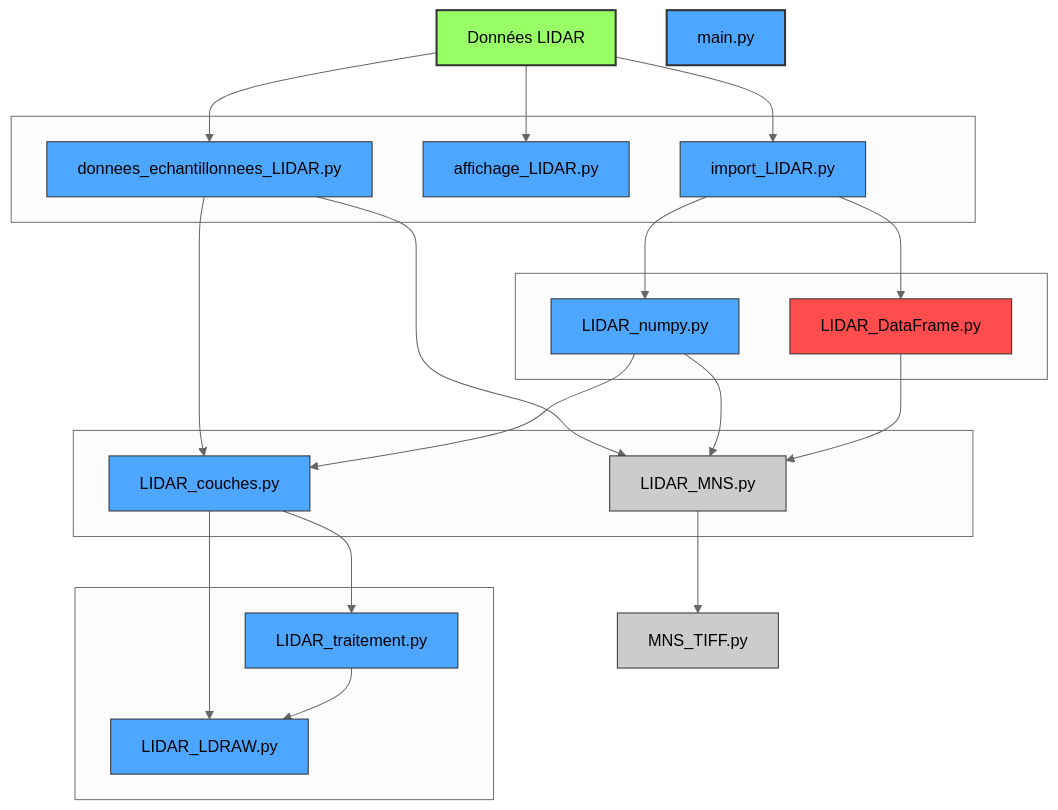
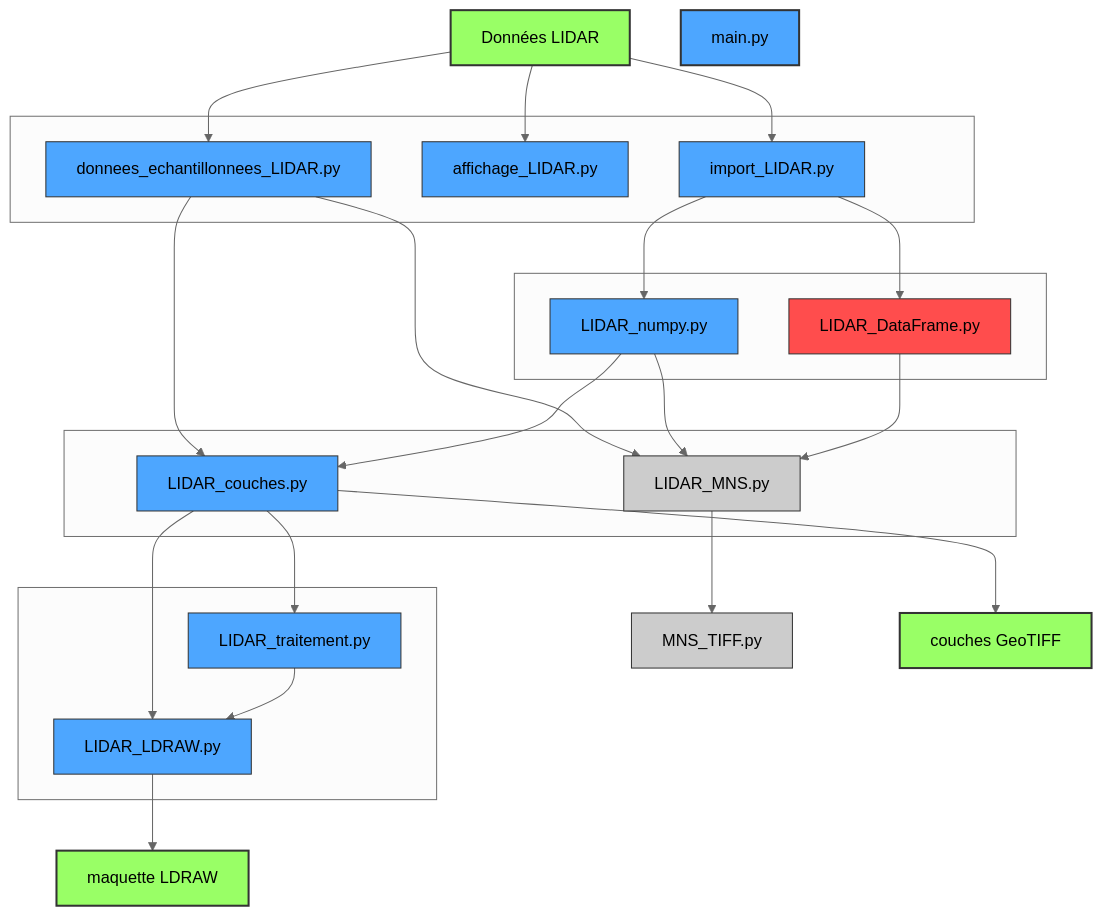
Before and after one commit to DanQue69/LEGO_Master: the diagram in Workflow.md, drawn with Mermaid (neutral theme).

````diff
--- a/Workflow.md
+++ b/Workflow.md
@@ -1,62 +1,68 @@
 ```mermaid 
 graph TD;
 
 A[Données LIDAR]
 
 subgraph L1[" "]
     B[donnees_echantillonnees_LIDAR.py]
     C[affichage_LIDAR.py]
     D[import_LIDAR.py]
 end
 
 subgraph L2[" "]
     E[LIDAR_numpy.py]
     F[LIDAR_DataFrame.py]
 end
 
 subgraph L3[" "]
     G[LIDAR_MNS.py]
     I[LIDAR_couches.py]
 end
 
 subgraph L4[" "]
     J[LIDAR_LDRAW.py]
     K[LIDAR_traitement.py]
 end
 
 H[MNS_TIFF.py]
 M[main.py]
+L[couches GeoTIFF]
+N[maquette LDRAW]
 
 A --> B
 A --> C
 A --> D
 D --> E
 D --> F
 B --> G
 E --> G
 F --> G
 B --> I
 E --> I
 I --> J
 I --> K
 K --> J
 G --> H
+I --> L
+J --> N
 
 
 %% Styles des couleurs
 style A fill:#9f6,stroke:#333,stroke-width:2px        
 style B fill:#4da6ff,stroke:#333,stroke-width:1px    
 style C fill:#4da6ff,stroke:#333,stroke-width:1px      
 style D fill:#4da6ff,stroke:#333,stroke-width:1px   
 style E fill:#4da6ff,stroke:#333,stroke-width:1px    
 style F fill:#ff4d4d,stroke:#333,stroke-width:1px    
 style G fill:#ccc,stroke:#333,stroke-width:1px       
 style H fill:#ccc,stroke:#333,stroke-width:1px       
 style I fill:#4da6ff,stroke:#333,stroke-width:1px   
 style J fill:#4da6ff,stroke:#333,stroke-width:1px   
 style K fill:#4da6ff,stroke:#333,stroke-width:1px    
-style M fill:#4da6ff,stroke:#333,stroke-width:2px    
+style M fill:#4da6ff,stroke:#333,stroke-width:2px
+style L fill:#9f6,stroke:#333,stroke-width:2px
+style N fill:#9f6,stroke:#333,stroke-width:2px
 
 
     
 ```
````
